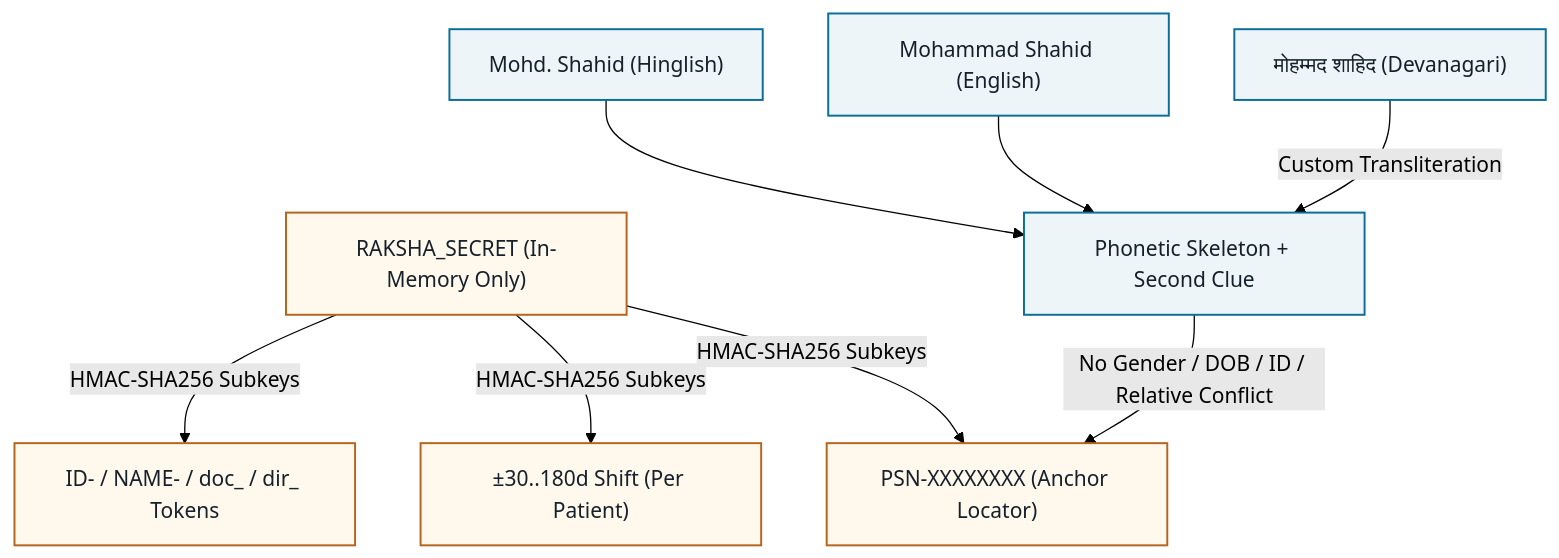
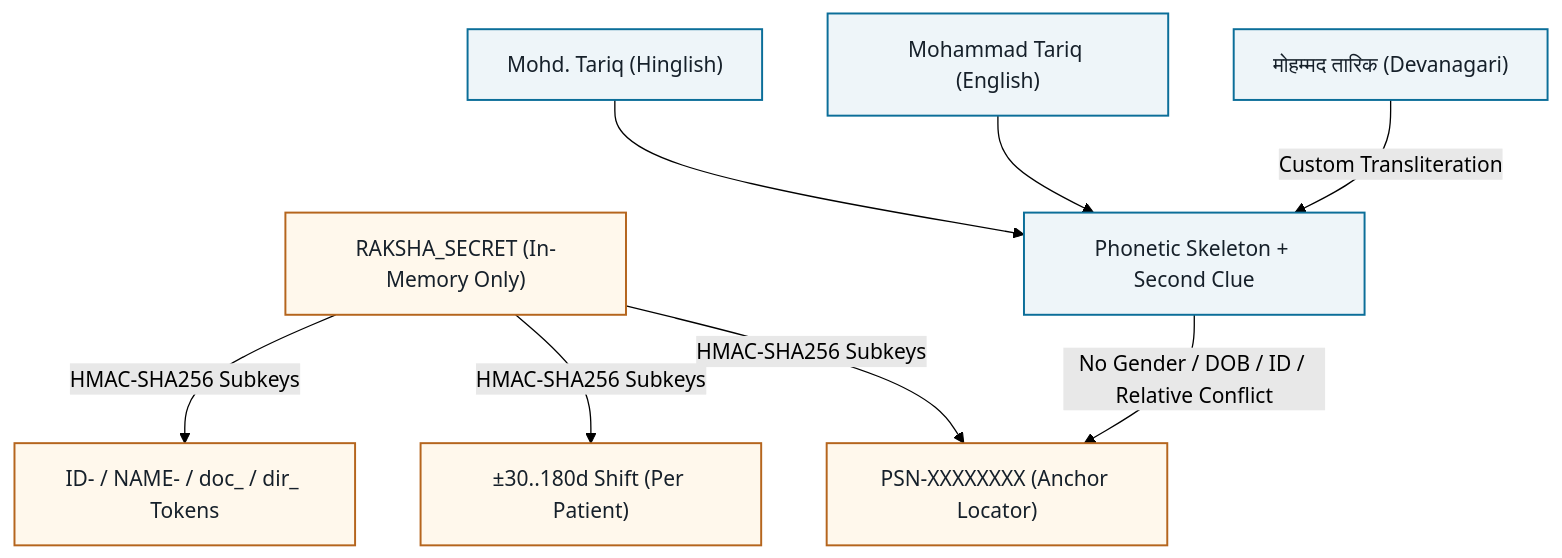
Before and after one commit to soelnvc/Project-Umbrella-: the second of 2 diagrams in README.md, drawn with Mermaid (forest theme). The commit also changed other lines of this file and 19 other files, not shown here.

````diff
--- a/README.md
+++ b/README.md
@@ -77,16 +77,16 @@
 ```mermaid
 flowchart TD
     SEC["RAKSHA_SECRET (In-Memory Only)"] -->|"HMAC-SHA256 Subkeys"| K1["PSN-XXXXXXXX (Anchor Locator)"]
     SEC -->|"HMAC-SHA256 Subkeys"| K2["±30..180d Shift (Per Patient)"]
     SEC -->|"HMAC-SHA256 Subkeys"| K3["ID- / NAME- / doc_ / dir_ Tokens"]
 
-    N1["मोहम्मद शाहिद (Devanagari)"] -->|"Custom Transliteration"| SK["Phonetic Skeleton + Second Clue"]
-    N2["Mohammad Shahid (English)"] --> SK
-    N3["Mohd. Shahid (Hinglish)"] --> SK
+    N1["मोहम्मद तारिक (Devanagari)"] -->|"Custom Transliteration"| SK["Phonetic Skeleton + Second Clue"]
+    N2["Mohammad Tariq (English)"] --> SK
+    N3["Mohd. Tariq (Hinglish)"] --> SK
     SK -->|"No Gender / DOB / ID / Relative Conflict"| K1
 
     classDef key fill:#fff8ec,stroke:#b5651d,color:#16202a,stroke-width:1.5px;
     classDef link fill:#eef5f9,stroke:#0b6e99,color:#16202a,stroke-width:1.5px;
     class SEC,K1,K2,K3 key;
     class N1,N2,N3,SK link;
 ```
````
